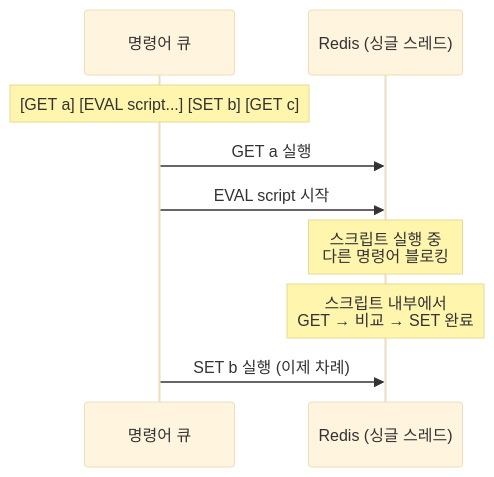
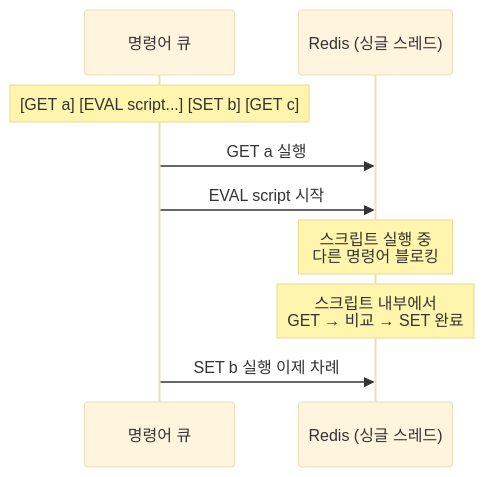
One commit to yjkim2015/yjkim2015.github.io changed the first of 2 diagrams in _posts/redis/2026-05-01-redis-lua-script.md. Above: the diagram before and after it, drawn with Mermaid (base theme). The commit also changed other lines of this file and 85 other files, not shown here.

First line of the commit message:
sequenceDiagram 문법 에러 2차 수정 169개 (86파일)

````diff
--- a/_posts/redis/2026-05-01-redis-lua-script.md
+++ b/_posts/redis/2026-05-01-redis-lua-script.md
@@ -31,11 +31,11 @@
 ```mermaid
 sequenceDiagram
     participant Q as 명령어 큐
     participant R as Redis (싱글 스레드)
     Note over Q: [GET a] [EVAL script...] [SET b] [GET c]
     Q->>R: GET a 실행
     Q->>R: EVAL script 시작
     Note over R: 스크립트 실행 중<br>다른 명령어 블로킹
     Note over R: 스크립트 내부에서<br>GET → 비교 → SET 완료
-    Q->>R: SET b 실행 (이제 차례)
+    Q->>R: SET b 실행 이제 차례
 ```
````
